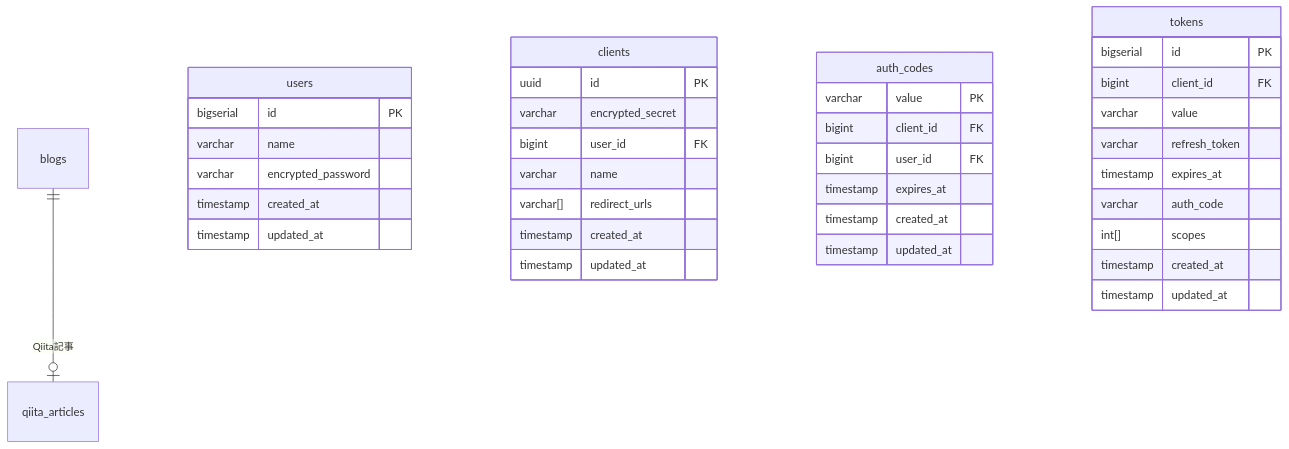
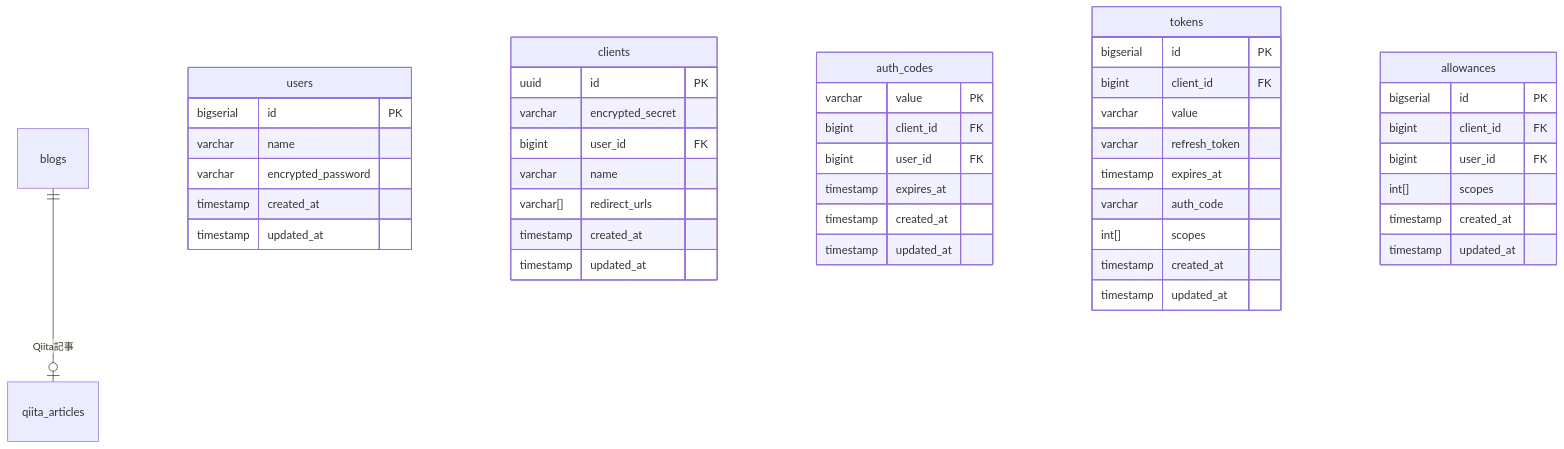
One commit to piny940/auth changed the diagram in doc/er.md. Above: the diagram before and after it, drawn with Mermaid. The commit also changed 4 other files, not shown here.

````diff
--- a/doc/er.md
+++ b/doc/er.md
@@ -1,42 +1,50 @@
 ```mermaid
 erDiagram
   blogs ||--o| qiita_articles : "Qiita記事"
 
   users {
     bigserial id PK
     varchar name
     varchar encrypted_password
     timestamp created_at
     timestamp updated_at
   }
 
   clients {
     uuid id PK
     varchar encrypted_secret
     bigint user_id FK
     varchar name
     varchar[] redirect_urls
     timestamp created_at
     timestamp updated_at
   }
   auth_codes {
     varchar value PK
     bigint client_id FK
     bigint user_id FK
     timestamp expires_at
     timestamp created_at
     timestamp updated_at
   }
   tokens {
     bigserial id PK
     bigint client_id FK
     varchar value
     varchar refresh_token
     timestamp expires_at
     varchar auth_code
     int[] scopes
     timestamp created_at
     timestamp updated_at
   }
+  allowances {
+    bigserial id PK
+    bigint client_id FK
+    bigint user_id FK
+    int[] scopes
+    timestamp created_at
+    timestamp updated_at
+  }
 
 ```
````
